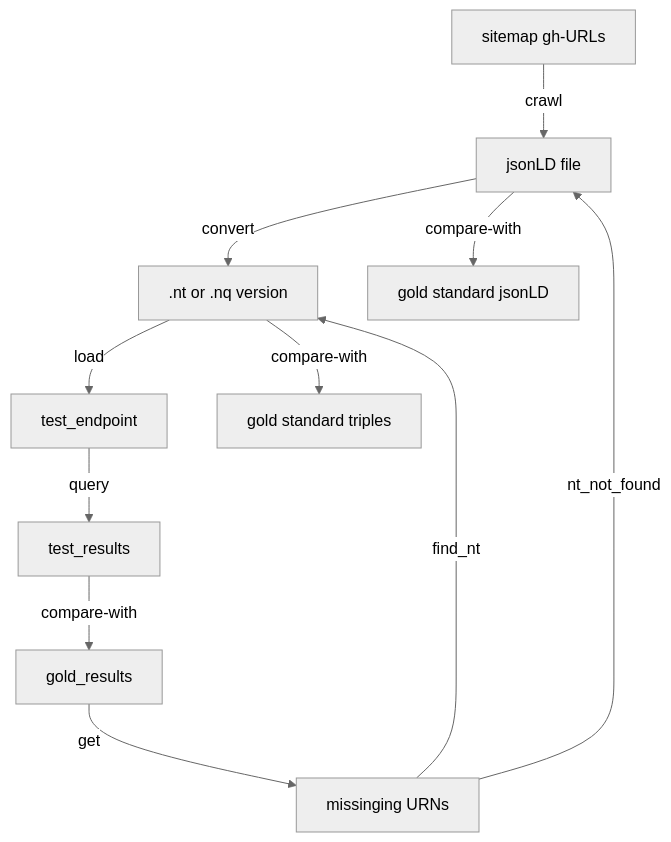
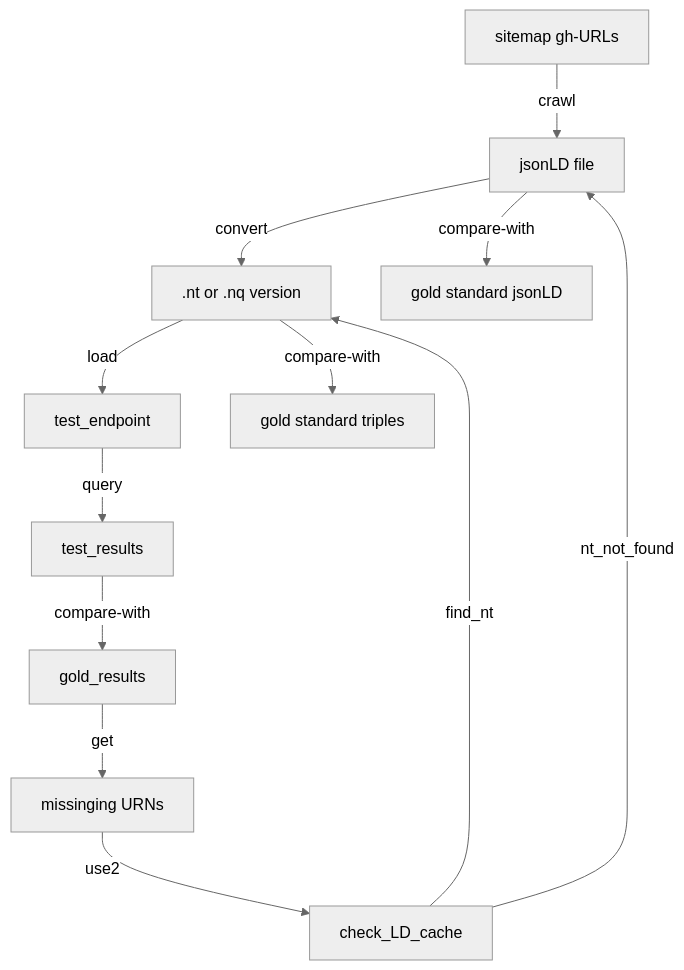
One commit to MBcode/ec changed the diagram in test/readme.md. Above: the diagram before and after it, drawn with Mermaid (neutral theme).

Commit message:
Update readme.md
use URNs to check LD-cache, (go backwards in the workflow): 1st the .ntriples (if there+ok), then the .jsonld it is made from

````diff
--- a/test/readme.md
+++ b/test/readme.md
@@ -13,9 +13,9 @@
 ```mermaid
 flowchart TD
 U[sitemap gh-URLs] -- crawl --> J[jsonLD file] -- convert --> G[.nt or .nq version] -- load --> T[test_endpoint];
 T -- query --> TR[test_results];
-TR -- compare-with --> GR[gold_results] -- get --> M[missinging URNs] -- find_nt --> G;
-M -- nt_not_found --> J;
+TR -- compare-with --> GR[gold_results] -- get --> M[missinging URNs] -- use2 --> C[check_LD_cache] -- find_nt --> G;
+C --  nt_not_found --> J;
 J -- compare-with --> JG[gold standard jsonLD];
 G -- compare-with --> GG[gold standard triples]
 ```
````
